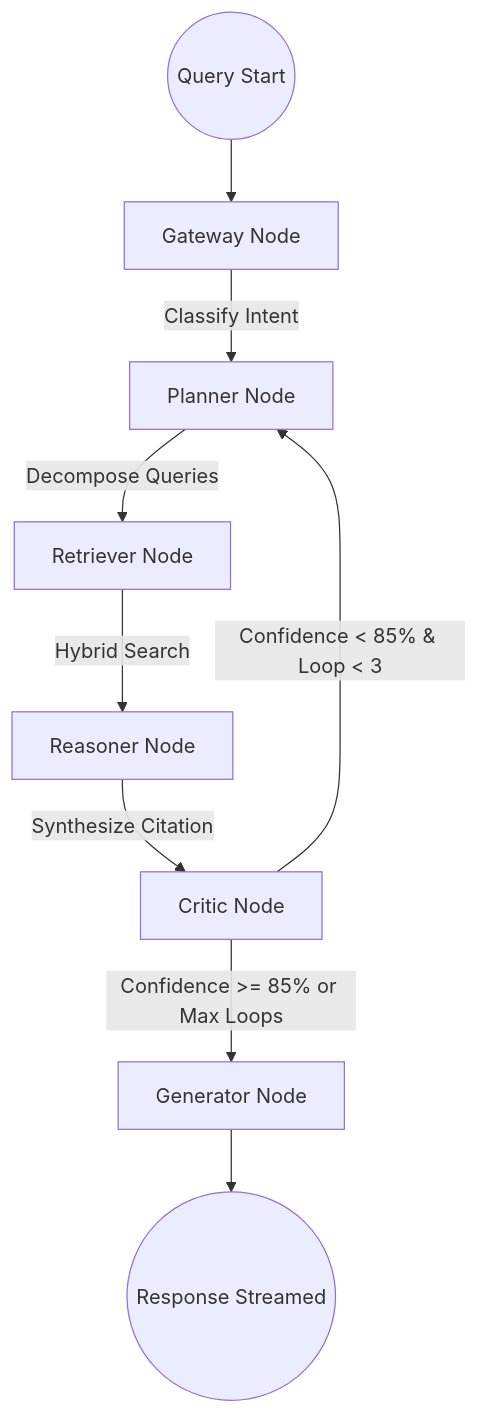
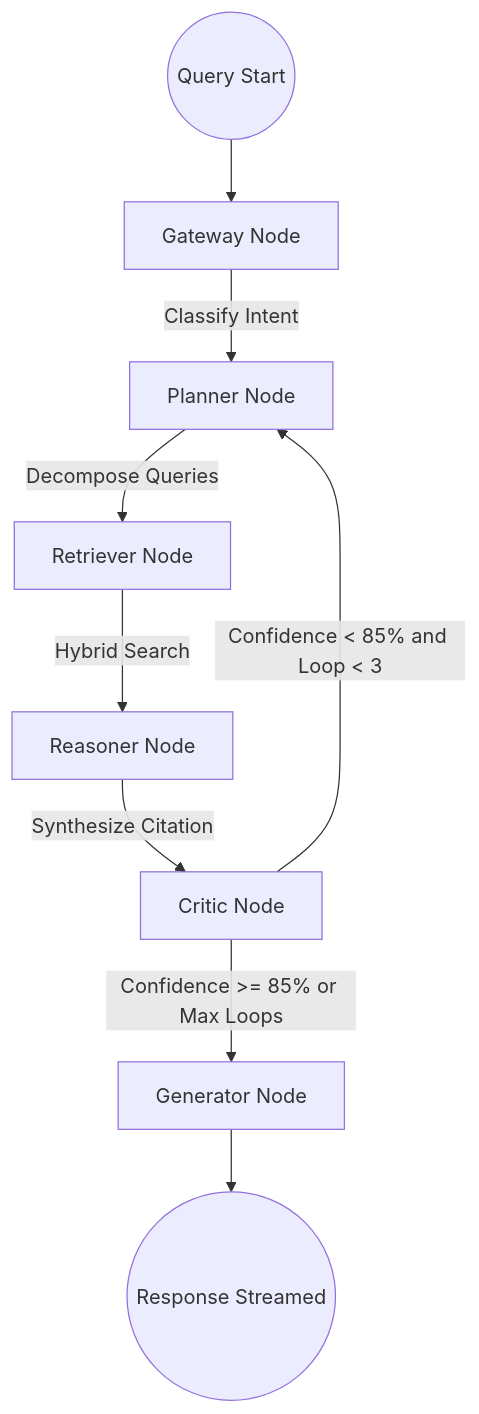
The second of 2 diagrams in README.md (yashbhatewara/Hack-1), drawn with Mermaid before and after one commit. The commit also changed other lines of this file and 1 other file, not shown here.

````diff
--- a/README.md
+++ b/README.md
@@ -117,12 +117,12 @@
 ```mermaid
 flowchart TD
     Start((Query Start)) --> GatewayNode[Gateway Node]
     GatewayNode -->|Classify Intent| PlannerNode[Planner Node]
     PlannerNode -->|Decompose Queries| RetrieverNode[Retriever Node]
     RetrieverNode -->|Hybrid Search| ReasonerNode[Reasoner Node]
     ReasonerNode -->|Synthesize Citation| CriticNode[Critic Node]
     
-    CriticNode -->|Confidence < 85% & Loop < 3| PlannerNode
+    CriticNode -->|"Confidence < 85% and Loop < 3"| PlannerNode
     CriticNode -->|Confidence >= 85% or Max Loops| GeneratorNode[Generator Node]
     GeneratorNode --> End((Response Streamed))
 ```
````
